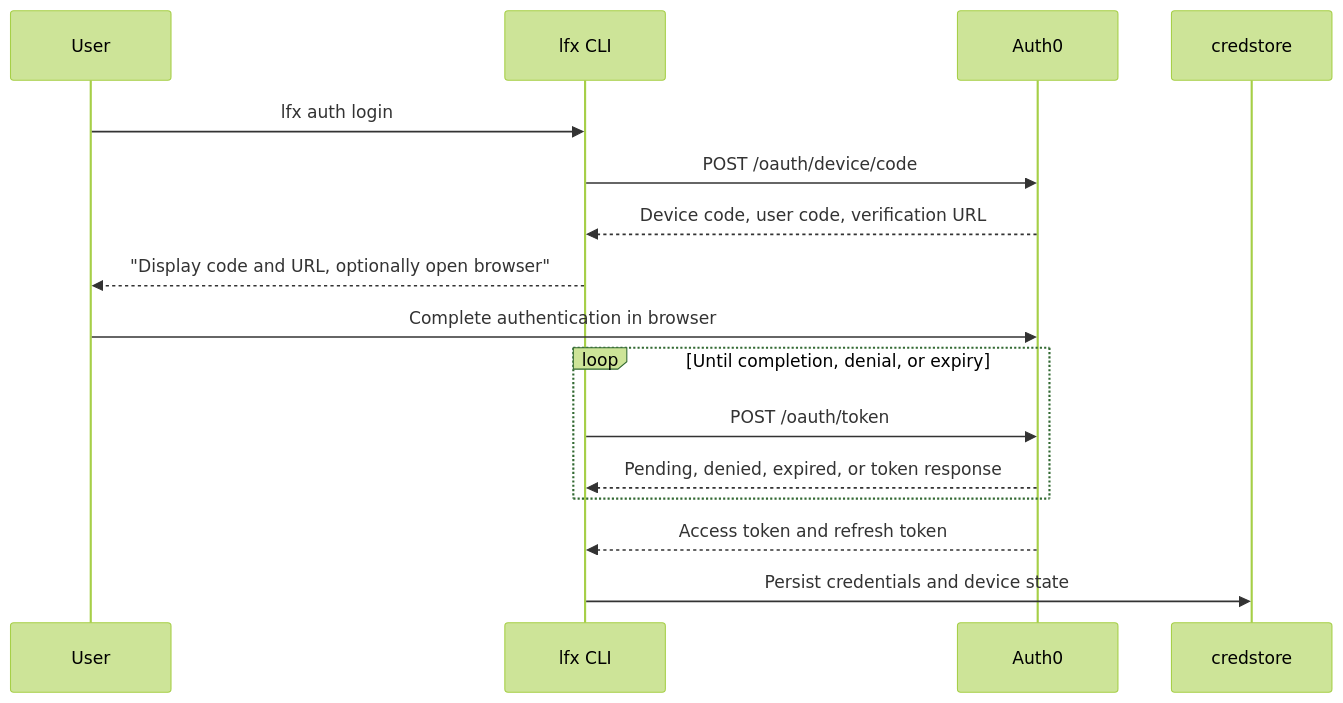
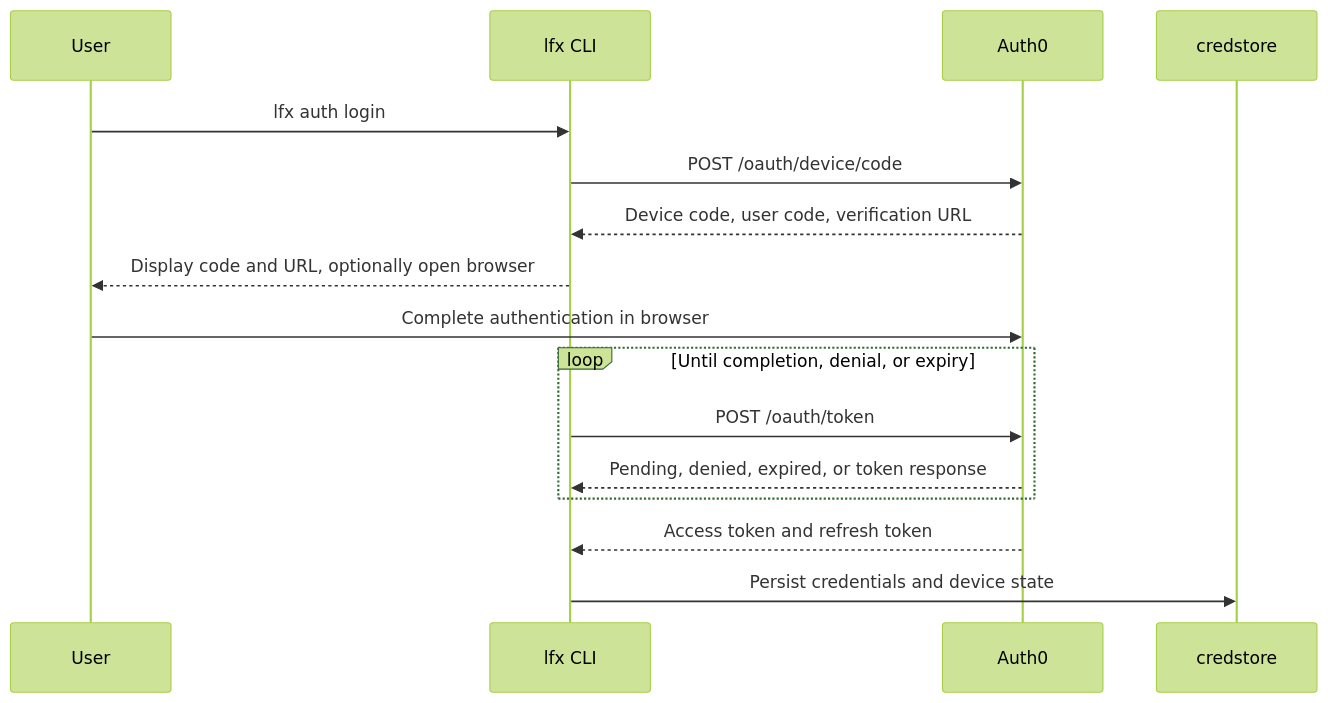
Before and after one commit to linuxfoundation/lfx-cli: the second of 2 diagrams in ARCHITECTURE.md, drawn with Mermaid (forest theme).

Commit message:
fix: drop literal quotes around mermaid label

````diff
--- a/ARCHITECTURE.md
+++ b/ARCHITECTURE.md
@@ -93,19 +93,19 @@
 ```mermaid
 sequenceDiagram
     participant User
     participant CLI as lfx CLI
     participant Auth0
     participant Credstore as credstore
 
     User->>CLI: lfx auth login
     CLI->>Auth0: POST /oauth/device/code
     Auth0-->>CLI: Device code, user code, verification URL
-    CLI-->>User: "Display code and URL, optionally open browser"
+    CLI-->>User: Display code and URL, optionally open browser
     User->>Auth0: Complete authentication in browser
     loop Until completion, denial, or expiry
         CLI->>Auth0: POST /oauth/token
         Auth0-->>CLI: Pending, denied, expired, or token response
     end
     Auth0-->>CLI: Access token and refresh token
     CLI->>Credstore: Persist credentials and device state
 ```
````
